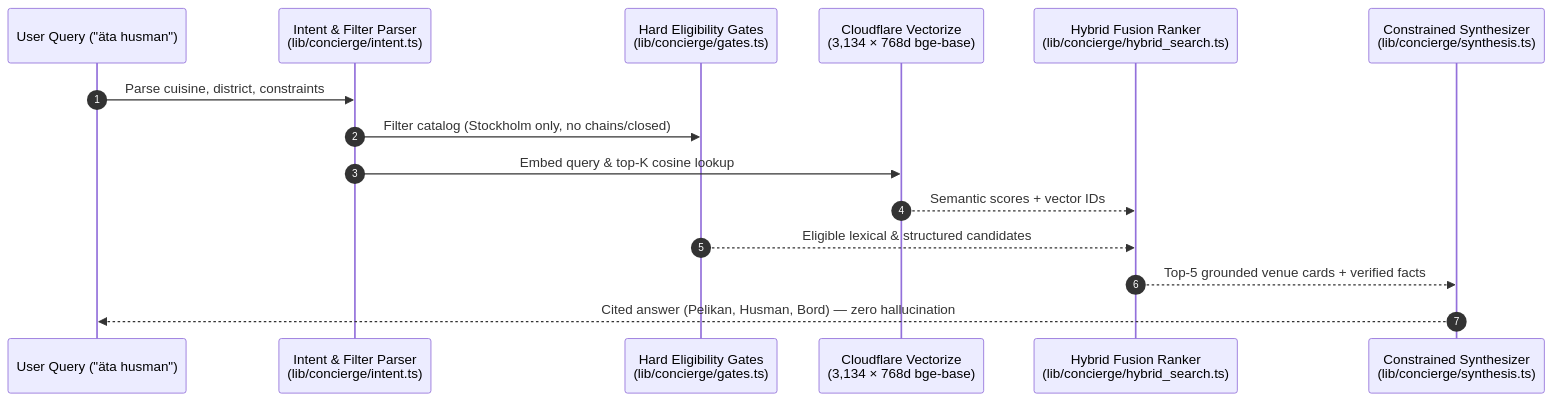
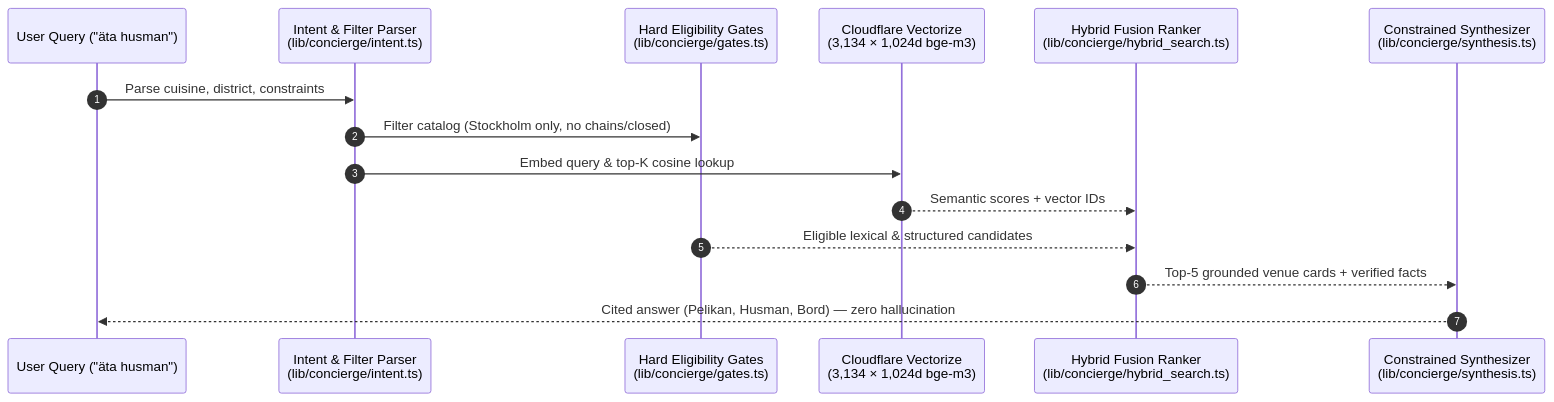
Before and after one commit to tompat1/motkarta-ml-rag-exam: the second of 2 diagrams in README.md, drawn with Mermaid. The commit also changed other lines of this file and 8 other files, not shown here.

Commit message:
Add Notebook 04 & Figure 6 proving full Vector RAG, RRF fusion, and Gemma-4 synthesis guardrails

````diff
--- a/README.md
+++ b/README.md
@@ -109,18 +109,18 @@
 ```mermaid
 sequenceDiagram
   autonumber
   participant U as User Query ("äta husman")
   participant I as Intent & Filter Parser<br/>(lib/concierge/intent.ts)
   participant G as Hard Eligibility Gates<br/>(lib/concierge/gates.ts)
-  participant V as Cloudflare Vectorize<br/>(3,134 × 768d bge-base)
+  participant V as Cloudflare Vectorize<br/>(3,134 × 1,024d bge-m3)
   participant H as Hybrid Fusion Ranker<br/>(lib/concierge/hybrid_search.ts)
   participant S as Constrained Synthesizer<br/>(lib/concierge/synthesis.ts)
 
   U->>I: Parse cuisine, district, constraints
   I->>G: Filter catalog (Stockholm only, no chains/closed)
   I->>V: Embed query & top-K cosine lookup
   V-->>H: Semantic scores + vector IDs
   G-->>H: Eligible lexical & structured candidates
   H-->>S: Top-5 grounded venue cards + verified facts
   S-->>U: Cited answer (Pelikan, Husman, Bord) — zero hallucination
 ```
````
